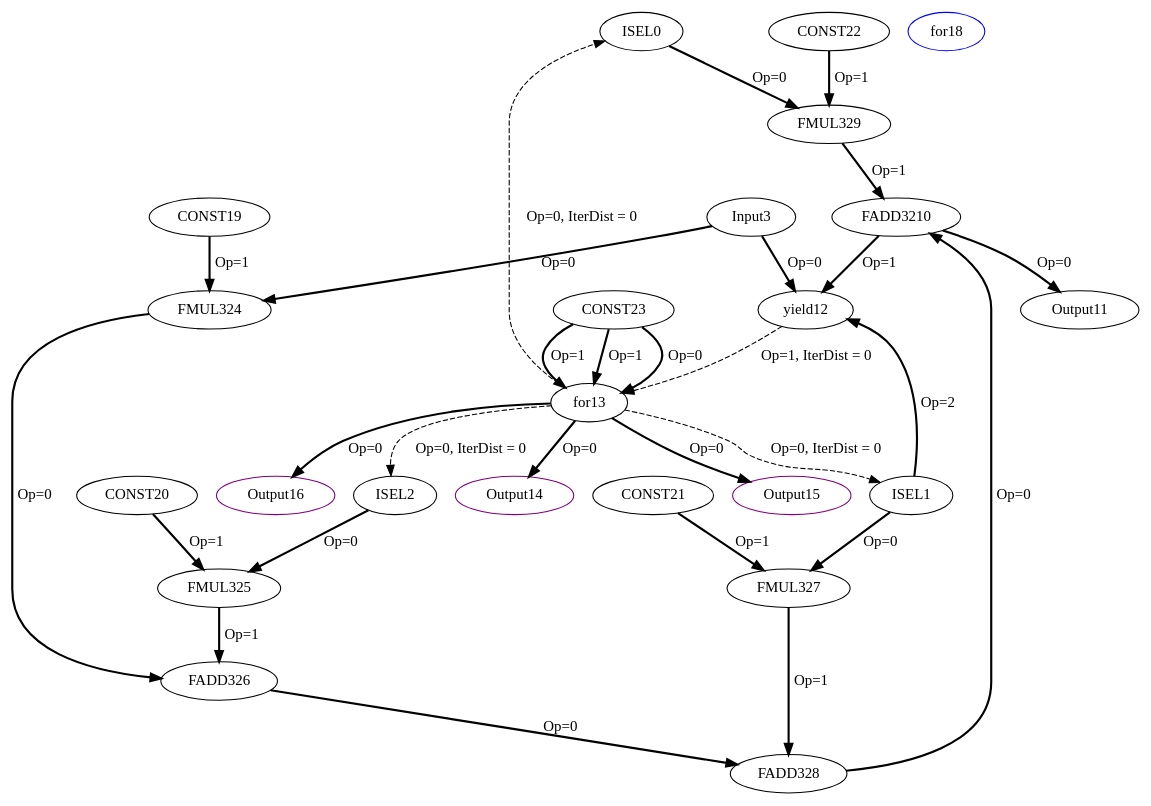
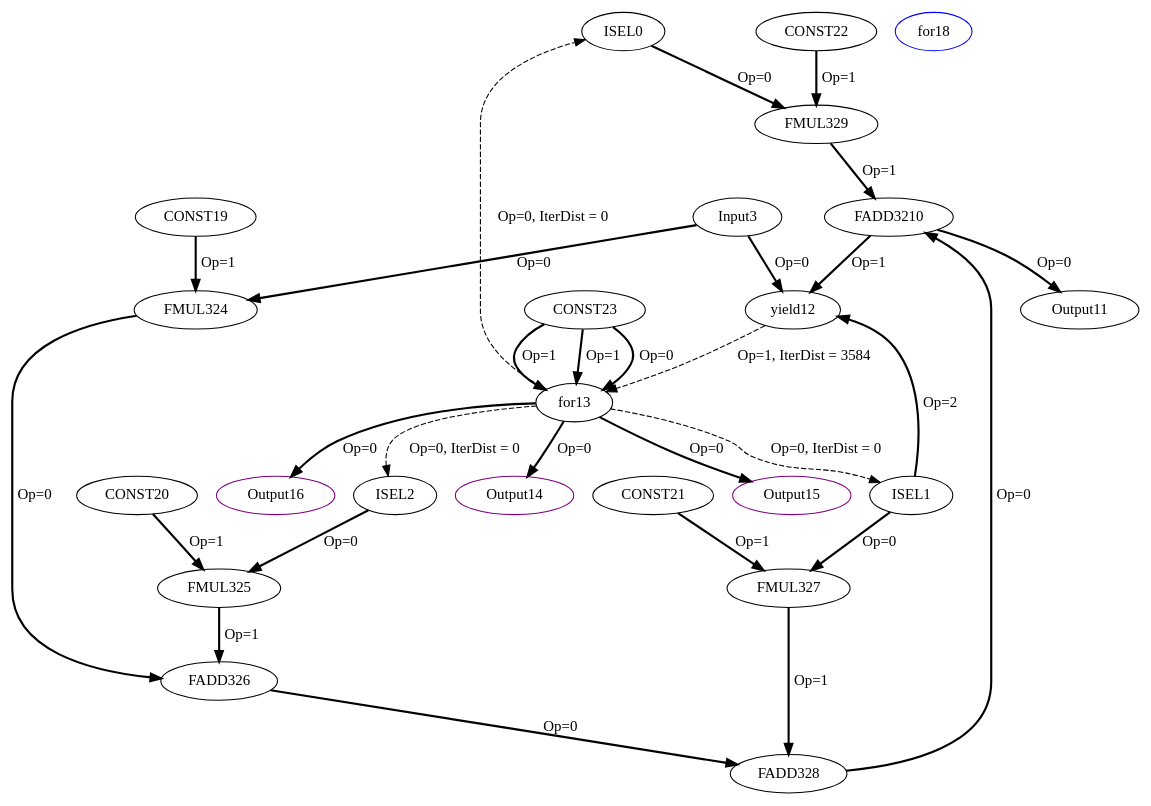
Before and after one commit to MIONkb/adora-compiler: the diagram in experiment/Cbenchmarks/Polybench/medley/deriche/deriche_mini/IR/tempfiles/kernel_deriche_0_1_CDFG.dot, drawn with Graphviz. The commit also changed 7 other files, not shown here.

```diff
--- a/experiment/Cbenchmarks/Polybench/medley/deriche/deriche_mini/IR/tempfiles/kernel_deriche_0_1_CDFG.dot
+++ b/experiment/Cbenchmarks/Polybench/medley/deriche/deriche_mini/IR/tempfiles/kernel_deriche_0_1_CDFG.dot
@@ -1,53 +1,53 @@
 Digraph G {
 ISEL0[opcode = "ISEL", color = black];
 ISEL1[opcode = "ISEL", color = black];
 ISEL2[opcode = "ISEL", color = black];
 Input3[opcode = "Input", ref_name="kernel_deriche_0_0", size="8192", offset="0,0", pattern="4,64,4,32", color = black];
 FMUL324[opcode = "FMUL32", color = black];
 FMUL325[opcode = "FMUL32", color = black];
 FADD326[opcode = "FADD32", color = black];
 FMUL327[opcode = "FMUL32", color = black];
 FADD328[opcode = "FADD32", color = black];
 FMUL329[opcode = "FMUL32", color = black];
 FADD3210[opcode = "FADD32", color = black];
 Output11[opcode = "Output", ref_name="kernel_deriche_0_1", size="8192", offset="0,0", pattern="4,64,4,32", color = black];
 yield12[opcode = "yield", color = black];
 for13[opcode = "for", color = black];
 Output14[opcode = "Output", ref_name="kernel_deriche_0_3", size="8", offset="0,0", pattern="0,64,0,32", color = purple];
 Output15[opcode = "Output", ref_name="kernel_deriche_0_4", size="8", offset="0,0", pattern="0,64,0,32", color = purple];
 Output16[opcode = "Output", ref_name="kernel_deriche_0_2", size="8", offset="0,0", pattern="0,64,0,32", color = purple];
 for18[opcode = "for", color = blue];
 CONST19[opcode = "CONST", value="0xBE4135C4", color = black];
 CONST20[opcode = "CONST", value="0x3DE1B54C", color = black];
 CONST21[opcode = "CONST", value="0x3F5744FD", color = black];
 CONST22[opcode = "CONST", value="0xBF1B4598", color = black];
 CONST23[opcode = "CONST", value="0x00000000", color = black];
 for13 -> ISEL0[color = black, style = dashed, operand = 0, iterdist = 0, label = "Op=0, IterDist = 0"];
 for13 -> ISEL1[color = black, style = dashed, operand = 0, iterdist = 0, label = "Op=0, IterDist = 0"];
 for13 -> ISEL2[color = black, style = dashed, operand = 0, iterdist = 0, label = "Op=0, IterDist = 0"];
 Input3 -> FMUL324[color = black, style = bold, operand = 0, label = "Op=0"];
 CONST19 -> FMUL324[color = black, style = bold, operand = 1, label = "Op=1"];
 ISEL2 -> FMUL325[color = black, style = bold, operand = 0, label = "Op=0"];
 CONST20 -> FMUL325[color = black, style = bold, operand = 1, label = "Op=1"];
 FMUL324 -> FADD326[color = black, style = bold, operand = 0, label = "Op=0"];
 FMUL325 -> FADD326[color = black, style = bold, operand = 1, label = "Op=1"];
 ISEL1 -> FMUL327[color = black, style = bold, operand = 0, label = "Op=0"];
 CONST21 -> FMUL327[color = black, style = bold, operand = 1, label = "Op=1"];
 FADD326 -> FADD328[color = black, style = bold, operand = 0, label = "Op=0"];
 FMUL327 -> FADD328[color = black, style = bold, operand = 1, label = "Op=1"];
 ISEL0 -> FMUL329[color = black, style = bold, operand = 0, label = "Op=0"];
 CONST22 -> FMUL329[color = black, style = bold, operand = 1, label = "Op=1"];
 FADD328 -> FADD3210[color = black, style = bold, operand = 0, label = "Op=0"];
 FMUL329 -> FADD3210[color = black, style = bold, operand = 1, label = "Op=1"];
 FADD3210 -> Output11[color = black, style = bold, operand = 0, label = "Op=0"];
 Input3 -> yield12[color = black, style = bold, operand = 0, label = "Op=0"];
 FADD3210 -> yield12[color = black, style = bold, operand = 1, label = "Op=1"];
 ISEL1 -> yield12[color = black, style = bold, operand = 2, label = "Op=2"];
 CONST23 -> for13[color = black, style = bold, operand = 0, label = "Op=0"];
 CONST23 -> for13[color = black, style = bold, operand = 1, label = "Op=1"];
 CONST23 -> for13[color = black, style = bold, operand = 1, label = "Op=1"];
 for13 -> Output14[color = black, style = bold, operand = 0, label = "Op=0"];
 for13 -> Output15[color = black, style = bold, operand = 0, label = "Op=0"];
 for13 -> Output16[color = black, style = bold, operand = 0, label = "Op=0"];
-yield12 -> for13[color = black, style = dashed, operand = 1, iterdist = 0, label = "Op=1, IterDist = 0"];
+yield12 -> for13[color = black, style = dashed, operand = 1, iterdist = 3584, label = "Op=1, IterDist = 3584"];
 }
```
